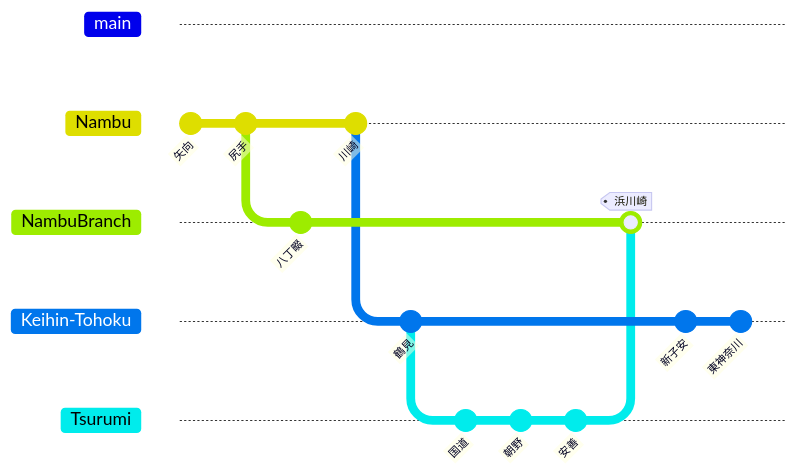
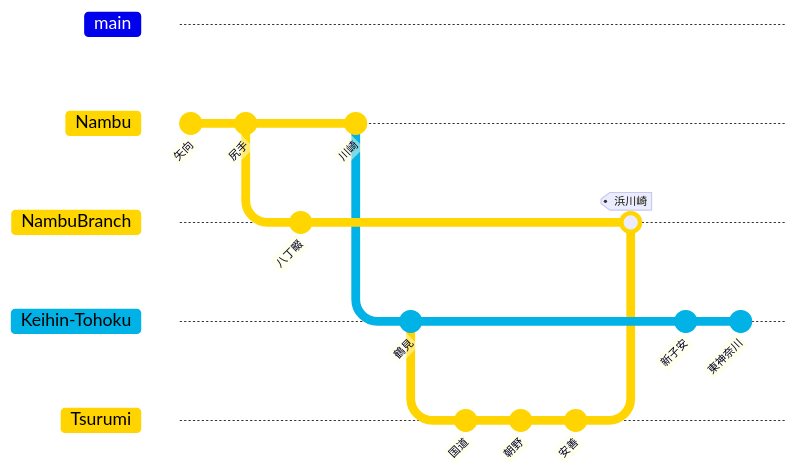
Before and after one commit to gghatano/git-railline: the diagram in Nambu.md, drawn with Mermaid.

````diff
--- a/Nambu.md
+++ b/Nambu.md
@@ -1,22 +1,34 @@
 ```mermaid
- gitGraph
+%%{init: { 
+ 'themeVariables': {
+        'git1': '#ffd600', 
+        'git2': '#ffd600', 
+        'git3': '#00b2e5',
+        'git4': '#ffd400',
+        'gitBranchLabel1': '#000000',
+        'gitBranchLabel2': '#000000',
+        'gitBranchLabel3': '#000000',
+        'gitBranchLabel4': '#000000'
+    }
+} }%%
+gitGraph
        branch Nambu
        commit id: "矢向"
        commit id: "尻手"
        branch NambuBranch
        commit id: "八丁畷"
        checkout Nambu
        commit id: "川崎"
        branch Keihin-Tohoku
        commit id: "鶴見"
        branch Tsurumi
        checkout Tsurumi
        commit id: "国道"
        commit id: "朝野"
        commit id: "安善"
        checkout NambuBranch
        merge Tsurumi tag: "浜川崎"
        checkout Keihin-Tohoku
        commit id: "新子安"
        commit id: "東神奈川"
 ```
````
